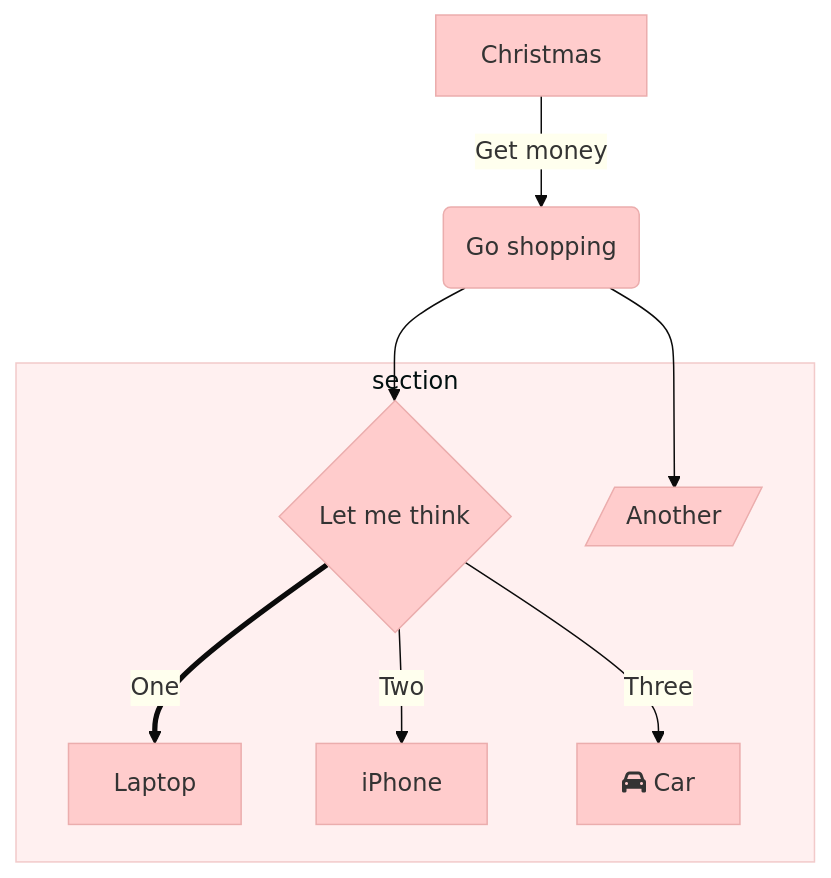
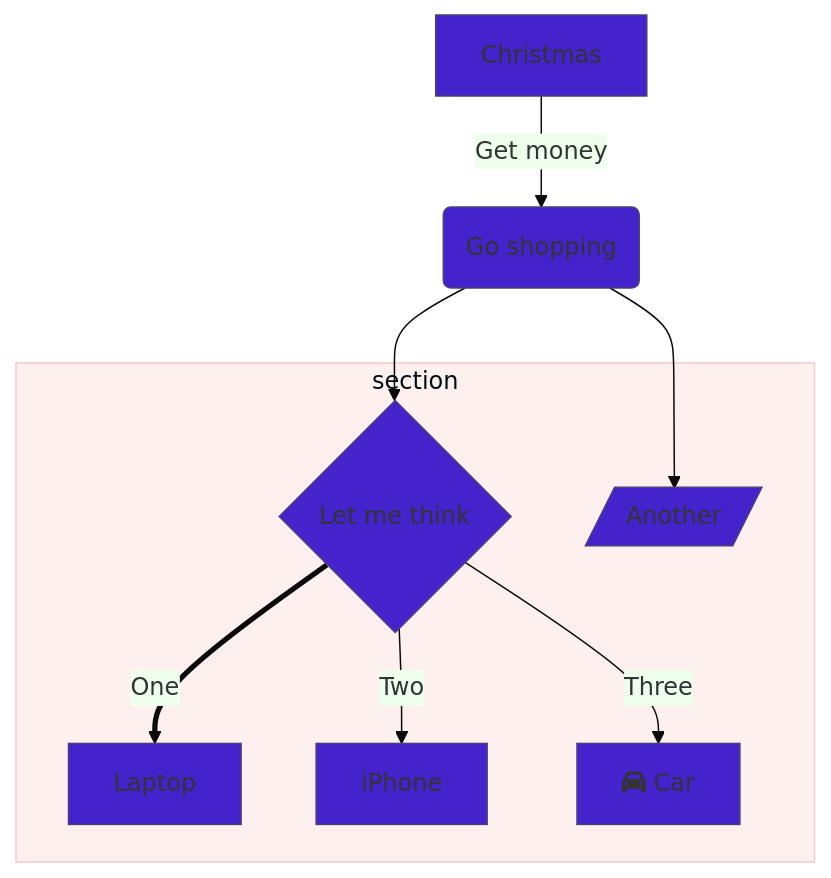
The first of 8 diagrams in taon.top/content/post/markdonw.md (taontech/www), drawn with Mermaid before and after one commit.

```diff
--- a/taon.top/content/post/markdonw.md
+++ b/taon.top/content/post/markdonw.md
@@ -11,17 +11,17 @@
 {{< mermaid >}}
-%%{init: {'theme': 'base', 'themeVariables': { 'primaryColor': '#ffcccc', 'edgeLabelBackground':'#ffffee', 'tertiaryColor': '#fff0f0'}}}%%
+%%{init: {'theme': 'base', 'themeVariables': { 'primaryColor': '#4422cc', 'edgeLabelBackground':'#eeffee', 'tertiaryColor': '#fff0f0'}}}%%
         graph TD
           A[Christmas] -->|Get money| B(Go shopping)
           B --> C{Let me think}
           B --> G[/Another/]
           C ==>|One| D[Laptop]
           C -->|Two| E[iPhone]
           C -->|Three| F[fa:fa-car Car]
           subgraph section
             C
             D
             E
             F
             G
           end
 {{< /mermaid >}}
```
